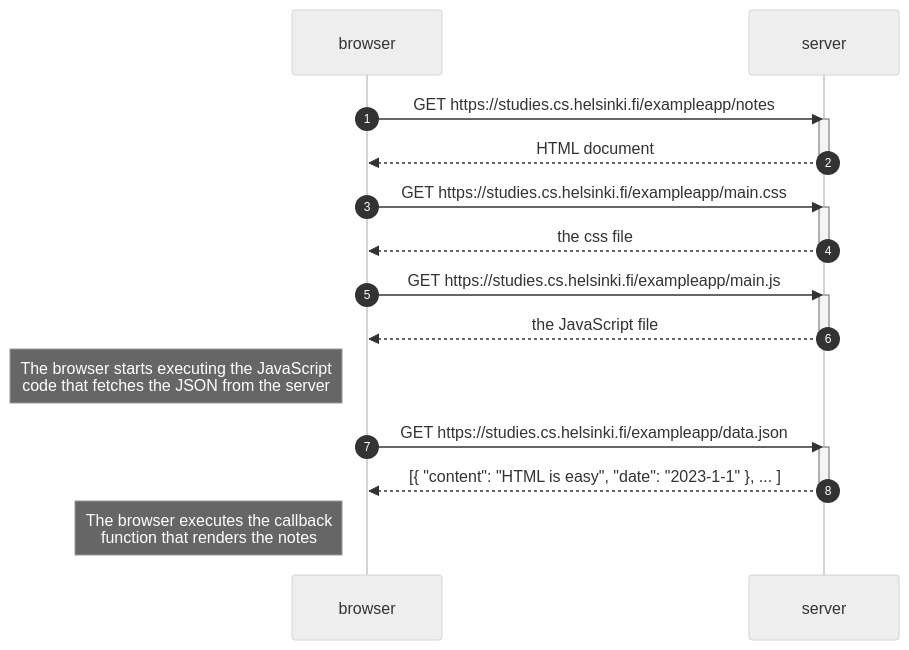
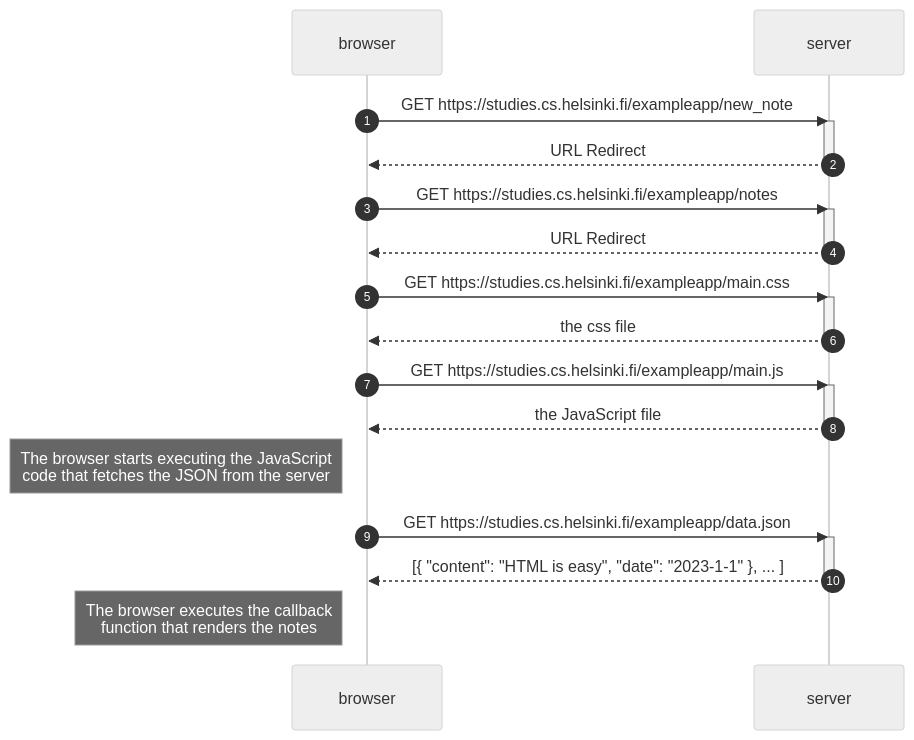
Before and after one commit to joshitobuba/example_app: the diagram in part0/exercise_0_4.md, drawn with Mermaid (neutral theme).

````diff
--- a/part0/exercise_0_4.md
+++ b/part0/exercise_0_4.md
@@ -1,30 +1,35 @@
 ```mermaid
   sequenceDiagram
     autonumber
     participant browser
     participant server
 
+    browser->>server: GET https://studies.cs.helsinki.fi/exampleapp/new_note
+    activate server
+    server-->>browser: URL Redirect
+    deactivate server
+
     browser->>server: GET https://studies.cs.helsinki.fi/exampleapp/notes
     activate server
-    server-->>browser: HTML document
+    server-->>browser: URL Redirect
     deactivate server
 
     browser->>server: GET https://studies.cs.helsinki.fi/exampleapp/main.css
     activate server
     server-->>browser: the css file
     deactivate server
 
     browser->>server: GET https://studies.cs.helsinki.fi/exampleapp/main.js
     activate server
     server-->>browser: the JavaScript file
     deactivate server
 
     note left of browser: The browser starts executing the JavaScript<br/>code that fetches the JSON from the server
 
     browser->>server: GET https://studies.cs.helsinki.fi/exampleapp/data.json
     activate server
     server-->>browser: [{ "content": "HTML is easy", "date": "2023-1-1" }, ... ]
     deactivate server
 
     note left of browser: The browser executes the callback<br/>function that renders the notes
 ```
````
